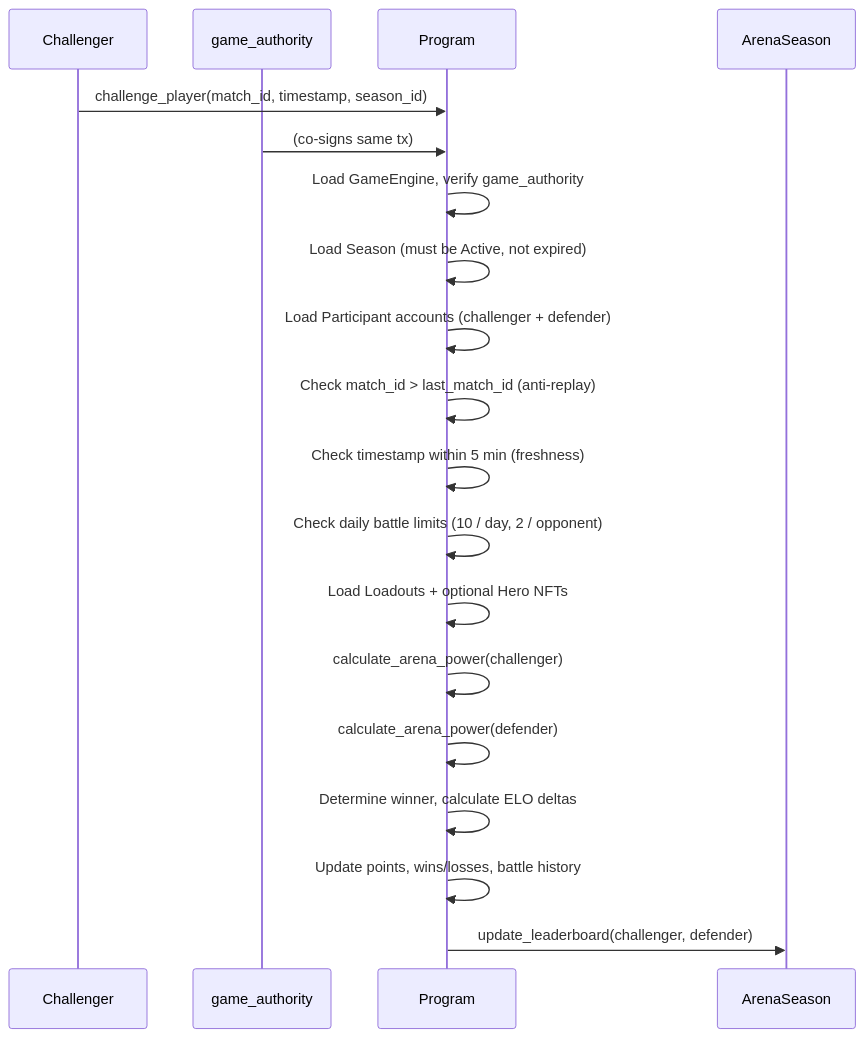
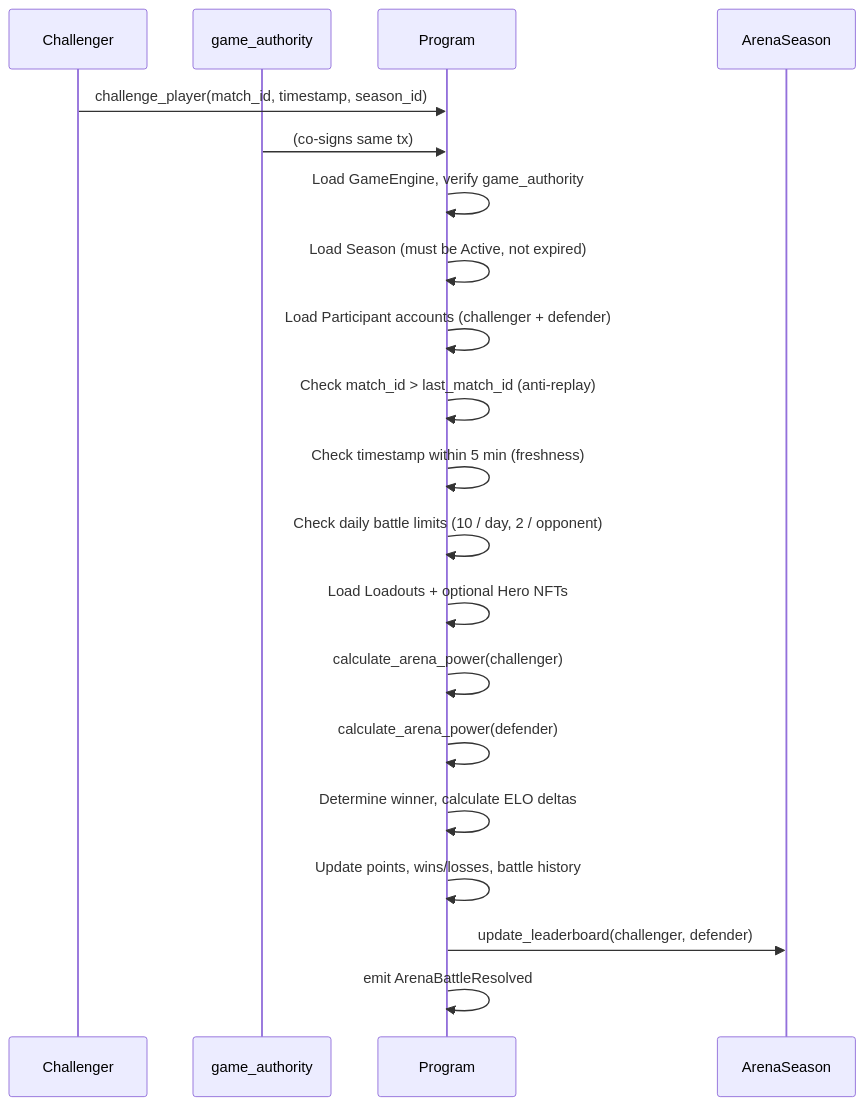
One commit to crypt0miester/novus-mundus changed the fifth of 5 diagrams in docs/onchain/04-systems/arena.md. Above: the diagram before and after it, drawn with Mermaid. The commit also changed other lines of this file and 9 other files, not shown here.

Commit message:
Finalize arena: emit events, clamp loadouts to owned, rollover crank, web loadout/leaderboard UI, reconcile docs

````diff
--- a/docs/onchain/04-systems/arena.md
+++ b/docs/onchain/04-systems/arena.md
@@ -311,22 +319,23 @@
 ```mermaid
 sequenceDiagram
     participant C as Challenger
     participant GA as game_authority
     participant Prog as Program
     participant Season as ArenaSeason
 
     C->>Prog: challenge_player(match_id, timestamp, season_id)
     GA->>Prog: (co-signs same tx)
     Prog->>Prog: Load GameEngine, verify game_authority
     Prog->>Prog: Load Season (must be Active, not expired)
     Prog->>Prog: Load Participant accounts (challenger + defender)
     Prog->>Prog: Check match_id > last_match_id (anti-replay)
     Prog->>Prog: Check timestamp within 5 min (freshness)
     Prog->>Prog: Check daily battle limits (10 / day, 2 / opponent)
     Prog->>Prog: Load Loadouts + optional Hero NFTs
     Prog->>Prog: calculate_arena_power(challenger)
     Prog->>Prog: calculate_arena_power(defender)
     Prog->>Prog: Determine winner, calculate ELO deltas
     Prog->>Prog: Update points, wins/losses, battle history
     Prog->>Season: update_leaderboard(challenger, defender)
+    Prog->>Prog: emit ArenaBattleResolved
 ```
````
